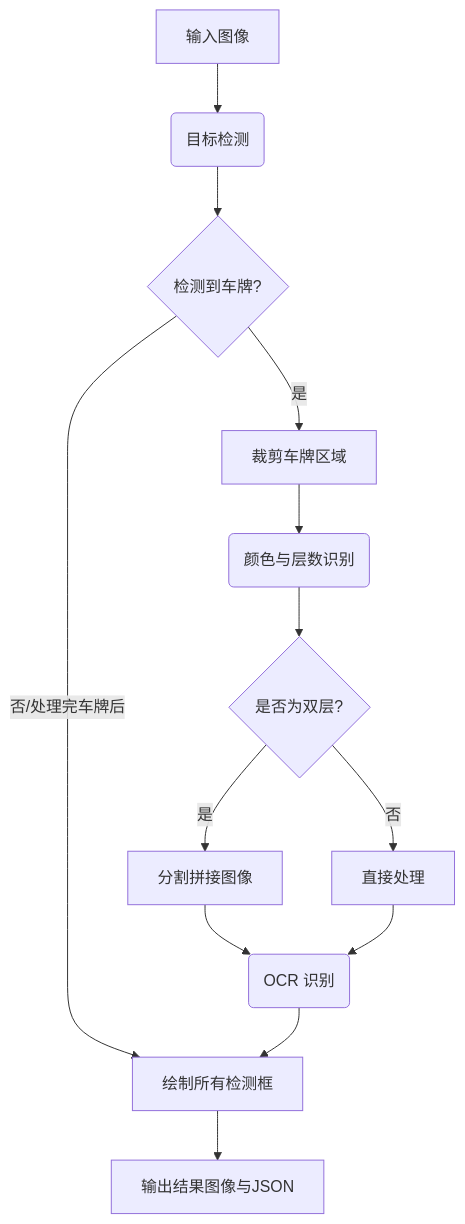
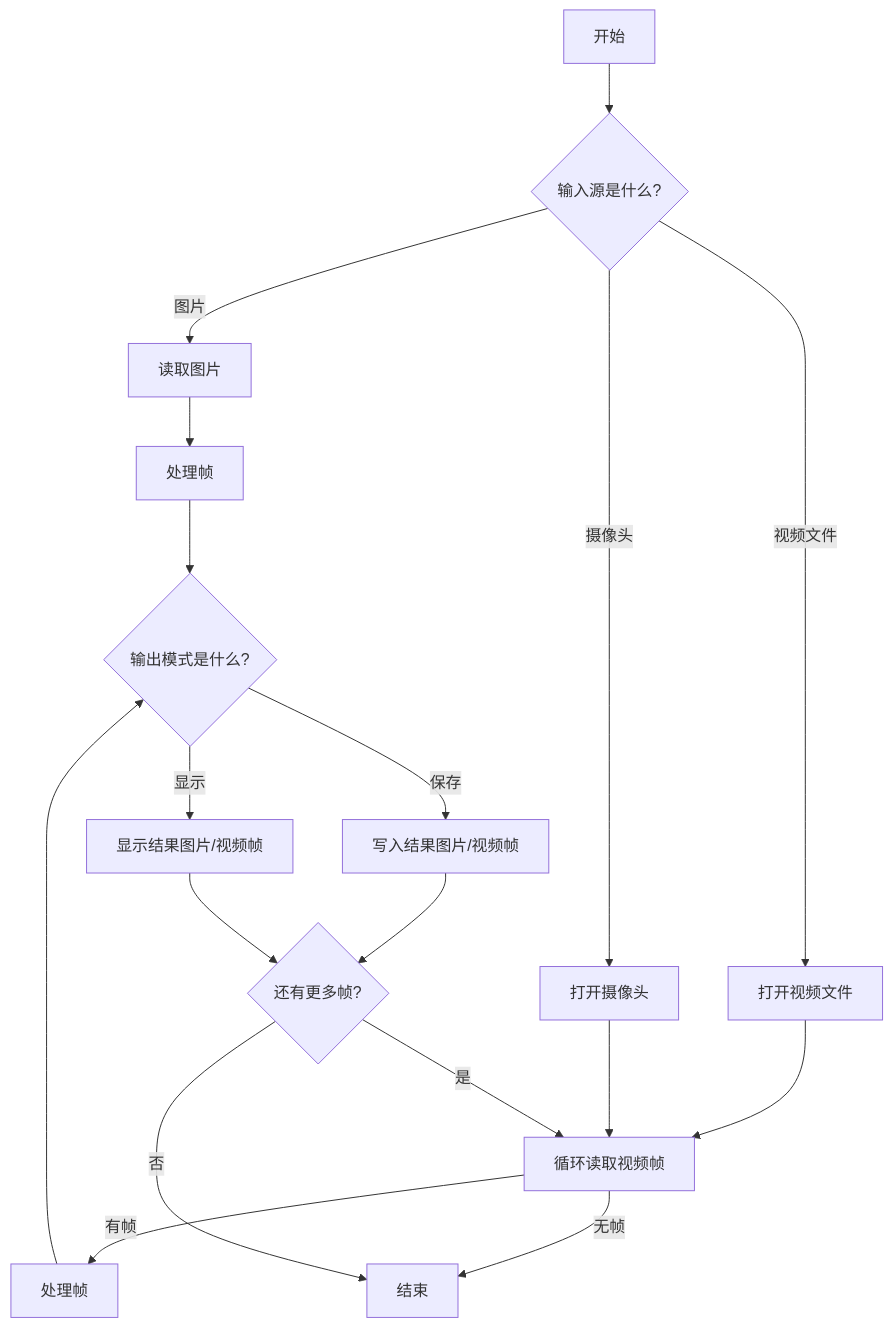
One commit to yyq19990828/onnx_vehicle_plate_recognition changed the diagram in README.md. Above: the diagram before and after it, drawn with Mermaid. The commit also changed other lines of this file and 4 other files, not shown here.

````diff
--- a/README.md
+++ b/README.md
@@ -15,15 +18,26 @@
 ```mermaid
 graph TD
-    A[输入图像] --> B(目标检测);
-    B --> C{检测到车牌?};
-    C -- 是 --> D[裁剪车牌区域];
-    C -- 否/处理完车牌后 --> J[绘制所有检测框];
-    D --> E(颜色与层数识别);
-    E --> F{是否为双层?};
-    F -- 是 --> G[分割拼接图像];
-    F -- 否 --> H[直接处理];
-    G --> I(OCR 识别);
-    H --> I;
-    I --> J;
-    J --> K[输出结果图像与JSON];
+    A[开始] --> B{输入源是什么?};
+    B -- 图片 --> C[读取图片];
+    B -- 视频文件 --> D[打开视频文件];
+    B -- 摄像头 --> E[打开摄像头];
+
+    C --> F[处理帧];
+    D --> G[循环读取视频帧];
+    E --> G;
+
+    G -- 有帧 --> H[处理帧];
+    G -- 无帧 --> I[结束];
+
+    H --> J{输出模式是什么?};
+    F --> J;
+
+    J -- 保存 --> K[写入结果图片/视频帧];
+    J -- 显示 --> L[显示结果图片/视频帧];
+
+    K --> M{还有更多帧?};
+    L --> M;
+
+    M -- 是 --> G;
+    M -- 否 --> I;
 ```
````
